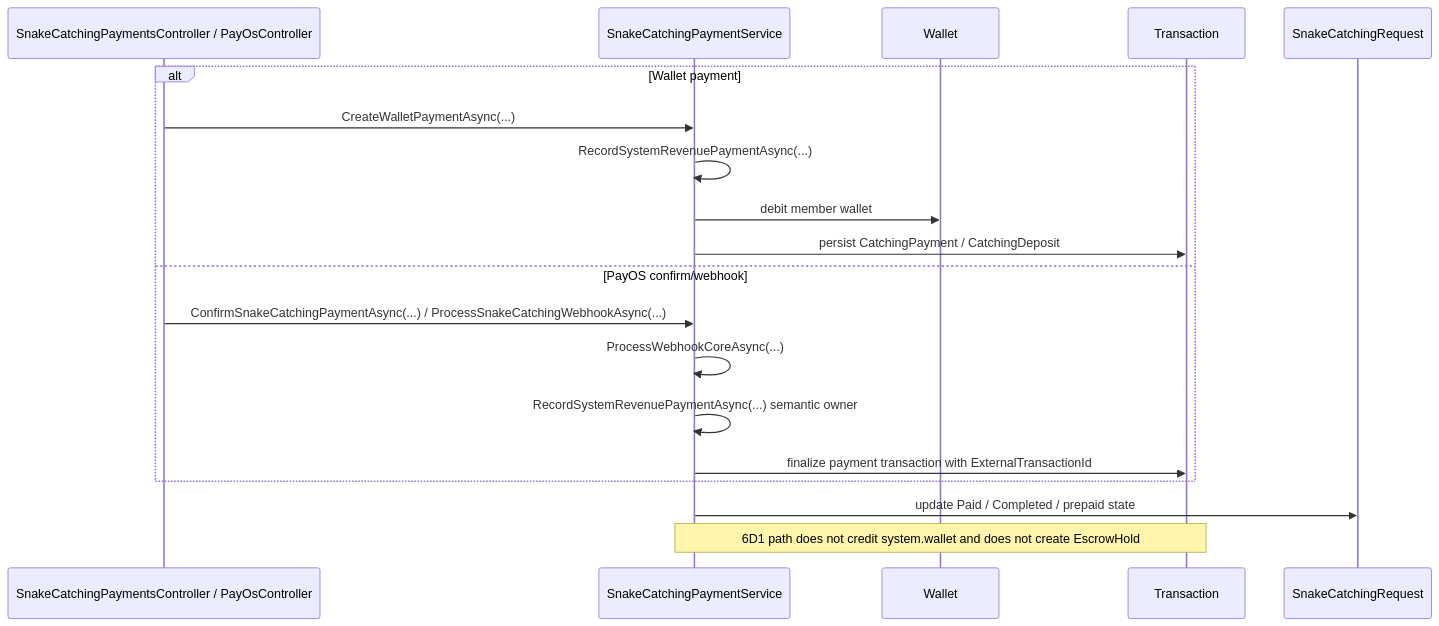
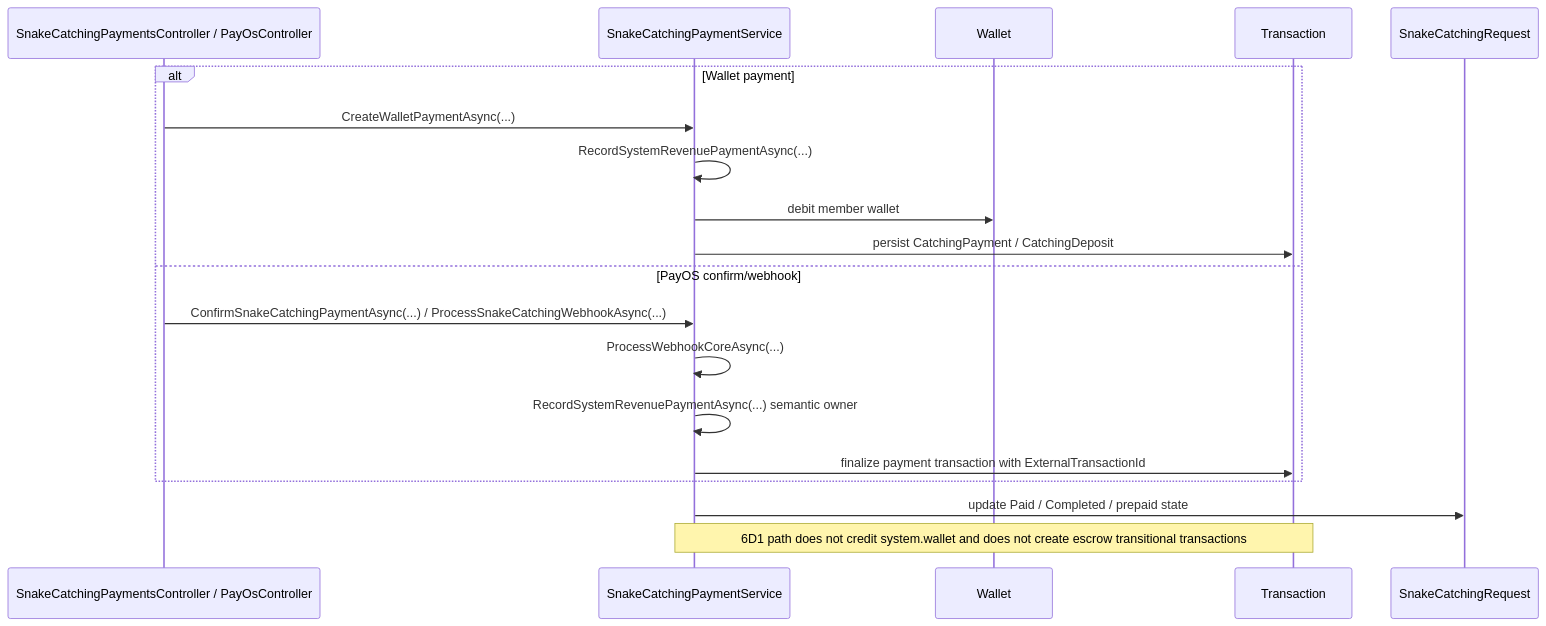
One commit to Snake-AID/SnakeAid.Docs changed diagram 11 of 13 in Docs/05-Backend/02-layers/money-aspect/money-aspect.sourcemap.md. Above: the diagram before and after it, drawn with Mermaid. The commit also changed other lines of this file and 3 other files, not shown here.

````diff
--- a/Docs/05-Backend/02-layers/money-aspect/money-aspect.sourcemap.md
+++ b/Docs/05-Backend/02-layers/money-aspect/money-aspect.sourcemap.md
@@ -475,22 +476,22 @@
 ```mermaid
 sequenceDiagram
     participant Entry as SnakeCatchingPaymentsController / PayOsController
     participant SnakeCatchingPaymentService
     participant Wallet
     participant Transaction
     participant SnakeCatchingRequest
 
     alt Wallet payment
         Entry->>SnakeCatchingPaymentService: CreateWalletPaymentAsync(...)
         SnakeCatchingPaymentService->>SnakeCatchingPaymentService: RecordSystemRevenuePaymentAsync(...)
         SnakeCatchingPaymentService->>Wallet: debit member wallet
         SnakeCatchingPaymentService->>Transaction: persist CatchingPayment / CatchingDeposit
     else PayOS confirm/webhook
         Entry->>SnakeCatchingPaymentService: ConfirmSnakeCatchingPaymentAsync(...) / ProcessSnakeCatchingWebhookAsync(...)
         SnakeCatchingPaymentService->>SnakeCatchingPaymentService: ProcessWebhookCoreAsync(...)
         SnakeCatchingPaymentService->>SnakeCatchingPaymentService: RecordSystemRevenuePaymentAsync(...) semantic owner
         SnakeCatchingPaymentService->>Transaction: finalize payment transaction with ExternalTransactionId
     end
     SnakeCatchingPaymentService->>SnakeCatchingRequest: update Paid / Completed / prepaid state
-    Note over SnakeCatchingPaymentService,Transaction: 6D1 path does not credit system.wallet and does not create EscrowHold
+    Note over SnakeCatchingPaymentService,Transaction: 6D1 path does not credit system.wallet and does not create escrow transitional transactions
 ```
````
